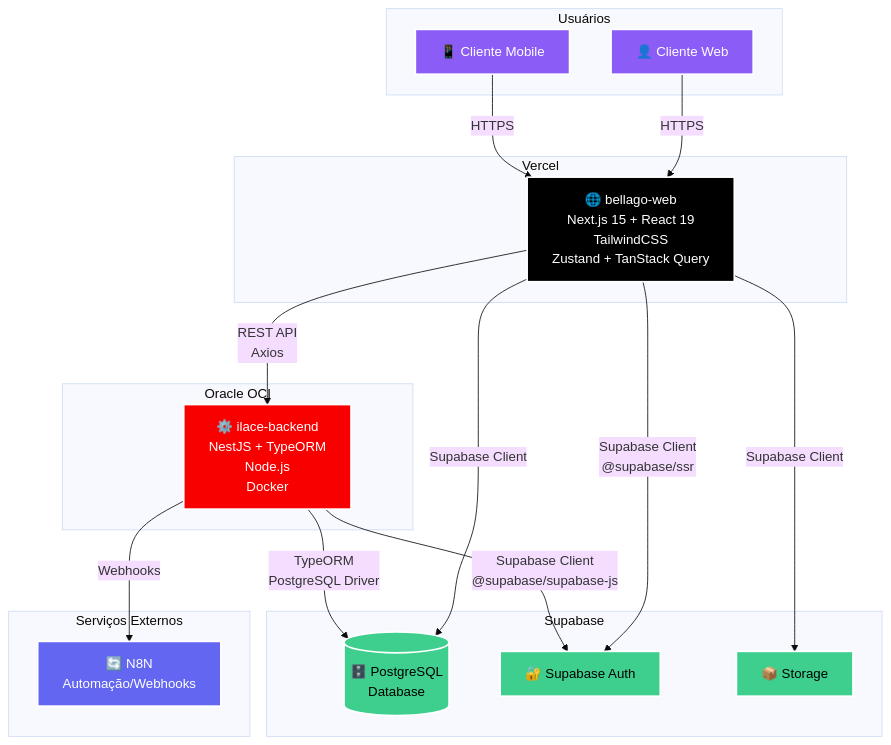
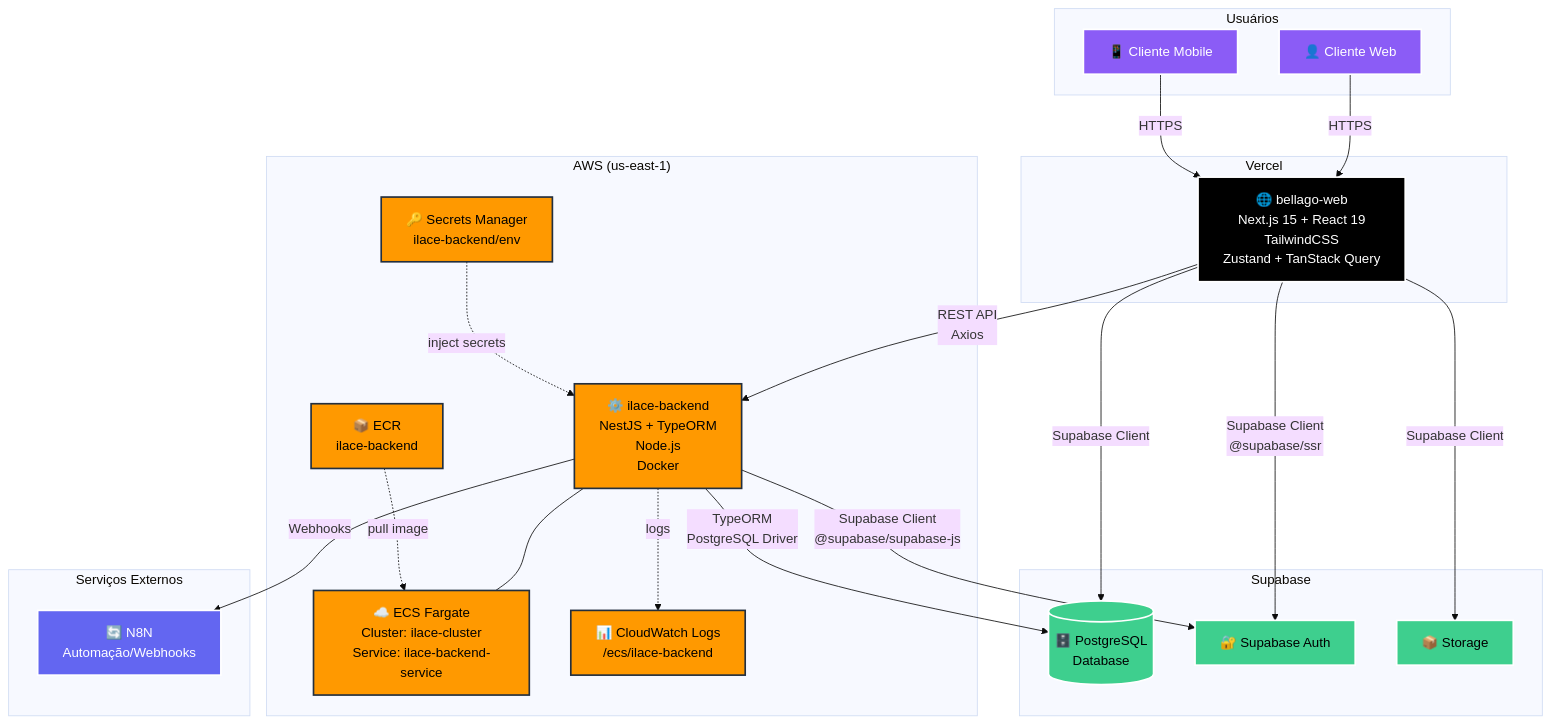
The diagram in ARQUITETURA.md (Bellago/arquitetura), drawn with Mermaid (base theme) before and after one commit. The commit also changed other lines of this file, not shown here.

````diff
--- a/ARQUITETURA.md
+++ b/ARQUITETURA.md
@@ -5,53 +5,63 @@
 ```mermaid
 graph TB
     subgraph "Usuários"
         U1[👤 Cliente Web]
         U2[📱 Cliente Mobile]
     end
 
     subgraph "Vercel"
         FE[🌐 bellago-web<br/>Next.js 15 + React 19<br/>TailwindCSS<br/>Zustand + TanStack Query]
     end
 
-    subgraph "Oracle OCI"
+    subgraph "AWS (us-east-1)"
         BE[⚙️ ilace-backend<br/>NestJS + TypeORM<br/>Node.js<br/>Docker]
+        ECS[☁️ ECS Fargate<br/>Cluster: ilace-cluster<br/>Service: ilace-backend-service]
+        ECR[📦 ECR<br/>ilace-backend]
+        SM[🔑 Secrets Manager<br/>ilace-backend/env]
+        CW[📊 CloudWatch Logs<br/>/ecs/ilace-backend]
+        BE --- ECS
     end
 
     subgraph "Supabase"
         DB[(🗄️ PostgreSQL<br/>Database)]
         AUTH[🔐 Supabase Auth]
         STORAGE[📦 Storage]
     end
 
     subgraph "Serviços Externos"
         N8N[🔄 N8N<br/>Automação/Webhooks]
     end
 
     %% Conexões dos usuários
     U1 -->|HTTPS| FE
     U2 -->|HTTPS| FE
 
     %% Conexões do Frontend
     FE -->|REST API<br/>Axios| BE
     FE -->|Supabase Client<br/>@supabase/ssr| AUTH
     FE -->|Supabase Client| DB
     FE -->|Supabase Client| STORAGE
 
     %% Conexões do Backend
     BE -->|TypeORM<br/>PostgreSQL Driver| DB
     BE -->|Supabase Client<br/>@supabase/supabase-js| AUTH
     BE -->|Webhooks| N8N
 
+    %% Infraestrutura AWS
+    ECR -.->|pull image| ECS
+    SM -.->|inject secrets| BE
+    BE -.->|logs| CW
+
     %% Estilos
     classDef vercel fill:#000,stroke:#fff,stroke-width:2px,color:#fff
-    classDef oracle fill:#f80000,stroke:#fff,stroke-width:2px,color:#fff
+    classDef aws fill:#ff9900,stroke:#232f3e,stroke-width:2px,color:#000
     classDef supabase fill:#3ecf8e,stroke:#fff,stroke-width:2px,color:#000
     classDef external fill:#6366f1,stroke:#fff,stroke-width:2px,color:#fff
     classDef user fill:#8b5cf6,stroke:#fff,stroke-width:2px,color:#fff
 
     class FE vercel
-    class BE oracle
+    class BE,ECS,ECR,SM,CW aws
     class DB,AUTH,STORAGE supabase
     class N8N external
     class U1,U2 user
 ```
````
